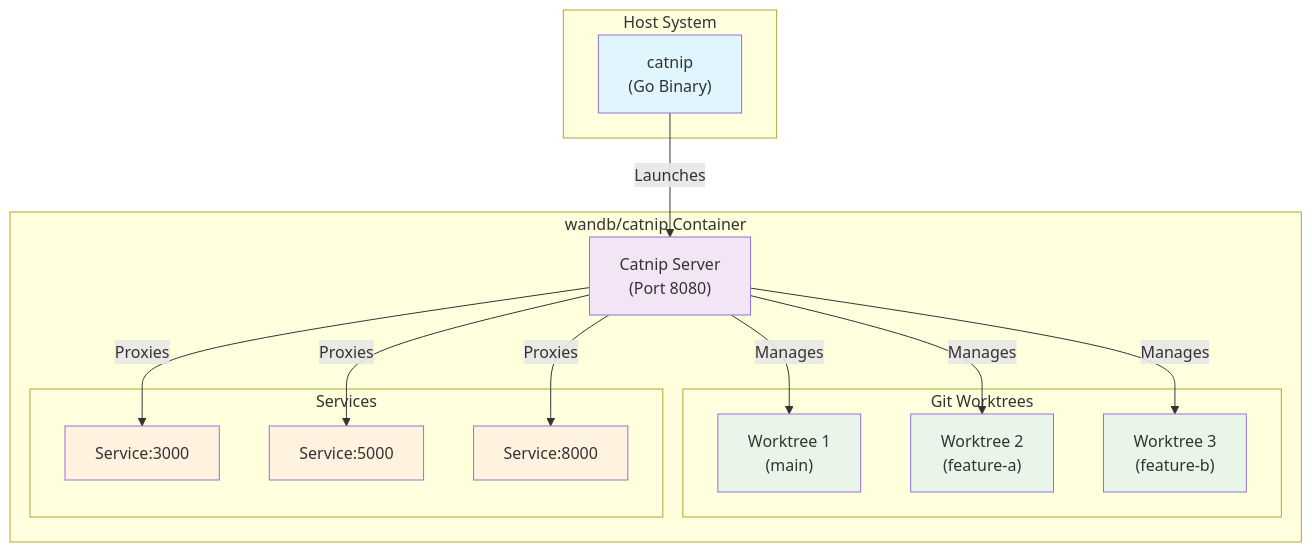
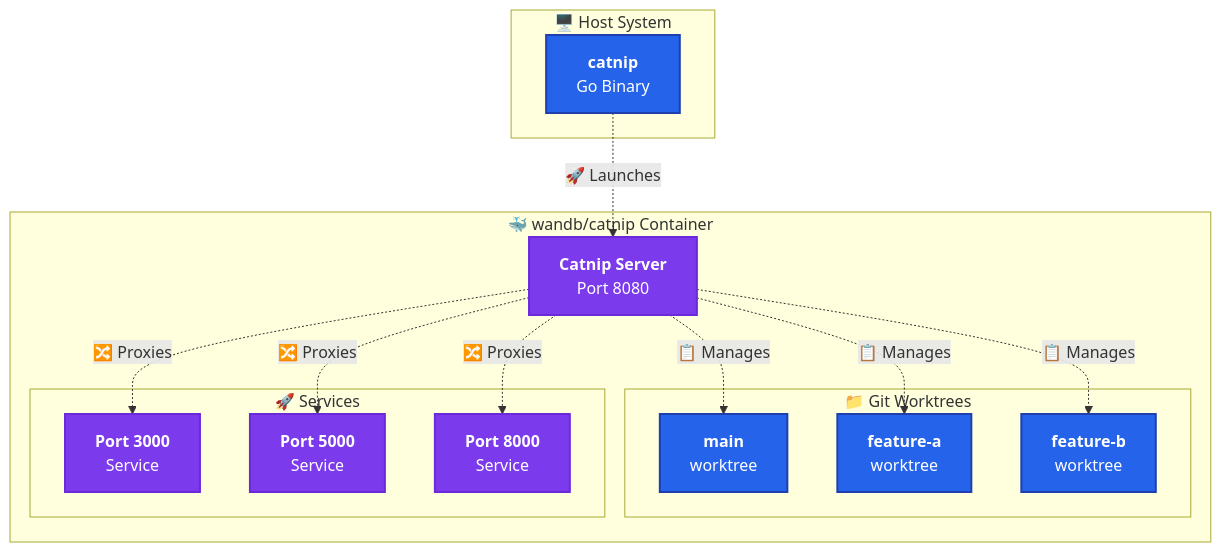
One commit to wandb/catnip changed the diagram in README.md. Above: the diagram before and after it, drawn with Mermaid. The commit also changed other lines of this file, not shown here.

Commit message:
Prettier mermaid chart

````diff
--- a/README.md
+++ b/README.md
@@ -39,40 +39,40 @@
 ```mermaid
 graph TB
-    subgraph "Host System"
-        catnip["catnip<br/>(Go Binary)"]
+    subgraph host ["🖥️ Host System"]
+        catnip["<b>catnip</b><br/>Go Binary"]
     end
 
-    subgraph "wandb/catnip Container"
-        server["Catnip Server<br/>(Port 8080)"]
+    subgraph container ["🐳 wandb/catnip Container"]
+        server["<b>Catnip Server</b><br/>Port 8080"]
 
-        subgraph "Git Worktrees"
-            wt1["Worktree 1<br/>(main)"]
-            wt2["Worktree 2<br/>(feature-a)"]
-            wt3["Worktree 3<br/>(feature-b)"]
+        subgraph worktrees ["📁 Git Worktrees"]
+            wt1["<b>main</b><br/>worktree"]
+            wt2["<b>feature-a</b><br/>worktree"]
+            wt3["<b>feature-b</b><br/>worktree"]
         end
 
-        subgraph "Services"
-            svc1["Service:3000"]
-            svc2["Service:5000"]
-            svc3["Service:8000"]
+        subgraph services ["🚀 Services"]
+            svc1["<b>Port 3000</b><br/>Service"]
+            svc2["<b>Port 5000</b><br/>Service"]
+            svc3["<b>Port 8000</b><br/>Service"]
         end
     end
 
-    catnip -->|"Launches"| server
-    server -->|"Manages"| wt1
-    server -->|"Manages"| wt2
-    server -->|"Manages"| wt3
-    server -->|"Proxies"| svc1
-    server -->|"Proxies"| svc2
-    server -->|"Proxies"| svc3
+    catnip -.->|"🚀 Launches"| server
+    server -.->|"📋 Manages"| wt1
+    server -.->|"📋 Manages"| wt2
+    server -.->|"📋 Manages"| wt3
+    server -.->|"🔀 Proxies"| svc1
+    server -.->|"🔀 Proxies"| svc2
+    server -.->|"🔀 Proxies"| svc3
 
-    classDef host fill:#e1f5fe
-    classDef container fill:#f3e5f5
-    classDef worktree fill:#e8f5e8
-    classDef service fill:#fff3e0
+    classDef hostStyle fill:#2563eb,stroke:#1e40af,stroke-width:2px,color:#ffffff
+    classDef serverStyle fill:#7c3aed,stroke:#6d28d9,stroke-width:2px,color:#ffffff
+    classDef worktreeStyle fill:#2563eb,stroke:#1e40af,stroke-width:2px,color:#ffffff
+    classDef serviceStyle fill:#7c3aed,stroke:#6d28d9,stroke-width:2px,color:#ffffff
 
-    class catnip host
-    class server container
-    class wt1,wt2,wt3 worktree
-    class svc1,svc2,svc3 service
+    class catnip hostStyle
+    class server serverStyle
+    class wt1,wt2,wt3 worktreeStyle
+    class svc1,svc2,svc3 serviceStyle
 ```
````
